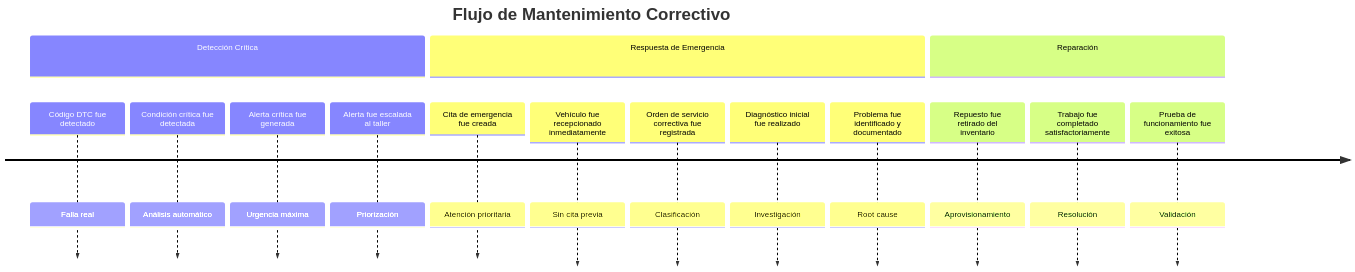
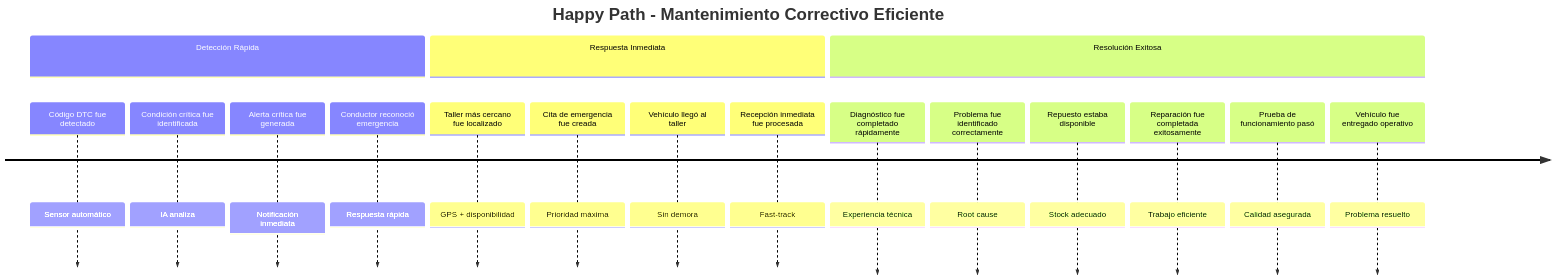
One commit to JanoverSaldana/arbol-decisiones-tracker-mobility changed the ninth of 13 diagrams in eventstorming-step2-timeline-organization.md. Above: the diagram before and after it, drawn with Mermaid. The commit also changed other lines of this file, not shown here.

````diff
--- a/eventstorming-step2-timeline-organization.md
+++ b/eventstorming-step2-timeline-organization.md
@@ -173,22 +388,24 @@
 ```mermaid
 timeline
-    title Flujo de Mantenimiento Correctivo
+    title Happy Path - Mantenimiento Correctivo Eficiente
     
-    section Detección Crítica
-        Código DTC fue detectado : Falla real
-        Condición crítica fue detectada : Análisis automático
-        Alerta crítica fue generada : Urgencia máxima
-        Alerta fue escalada al taller : Priorización
+    section Detección Rápida
+        Código DTC fue detectado : Sensor automático
+        Condición crítica fue identificada : IA analiza
+        Alerta crítica fue generada : Notificación inmediata
+        Conductor reconoció emergencia : Respuesta rápida
         
-    section Respuesta de Emergencia
-        Cita de emergencia fue creada : Atención prioritaria
-        Vehículo fue recepcionado inmediatamente : Sin cita previa
-        Orden de servicio correctiva fue registrada : Clasificación
-        Diagnóstico inicial fue realizado : Investigación
-        Problema fue identificado y documentado : Root cause
+    section Respuesta Inmediata
+        Taller más cercano fue localizado : GPS + disponibilidad
+        Cita de emergencia fue creada : Prioridad máxima
+        Vehículo llegó al taller : Sin demora
+        Recepción inmediata fue procesada : Fast-track
         
-    section Reparación
-        Repuesto fue retirado del inventario : Aprovisionamiento
-        Trabajo fue completado satisfactoriamente : Resolución
-        Prueba de funcionamiento fue exitosa : Validación
+    section Resolución Exitosa
+        Diagnóstico fue completado rápidamente : Experiencia técnica
+        Problema fue identificado correctamente : Root cause
+        Repuesto estaba disponible : Stock adecuado
+        Reparación fue completada exitosamente : Trabajo eficiente
+        Prueba de funcionamiento pasó : Calidad asegurada
+        Vehículo fue entregado operativo : Problema resuelto
 ```
````
